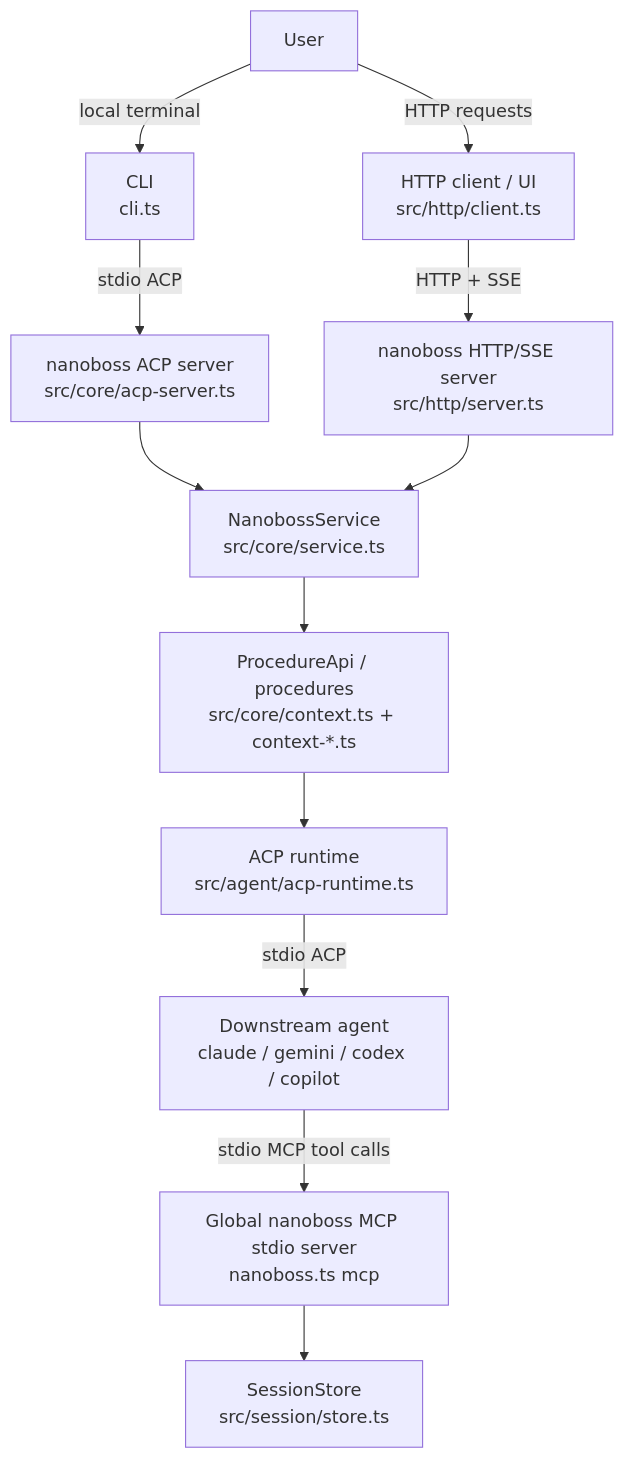
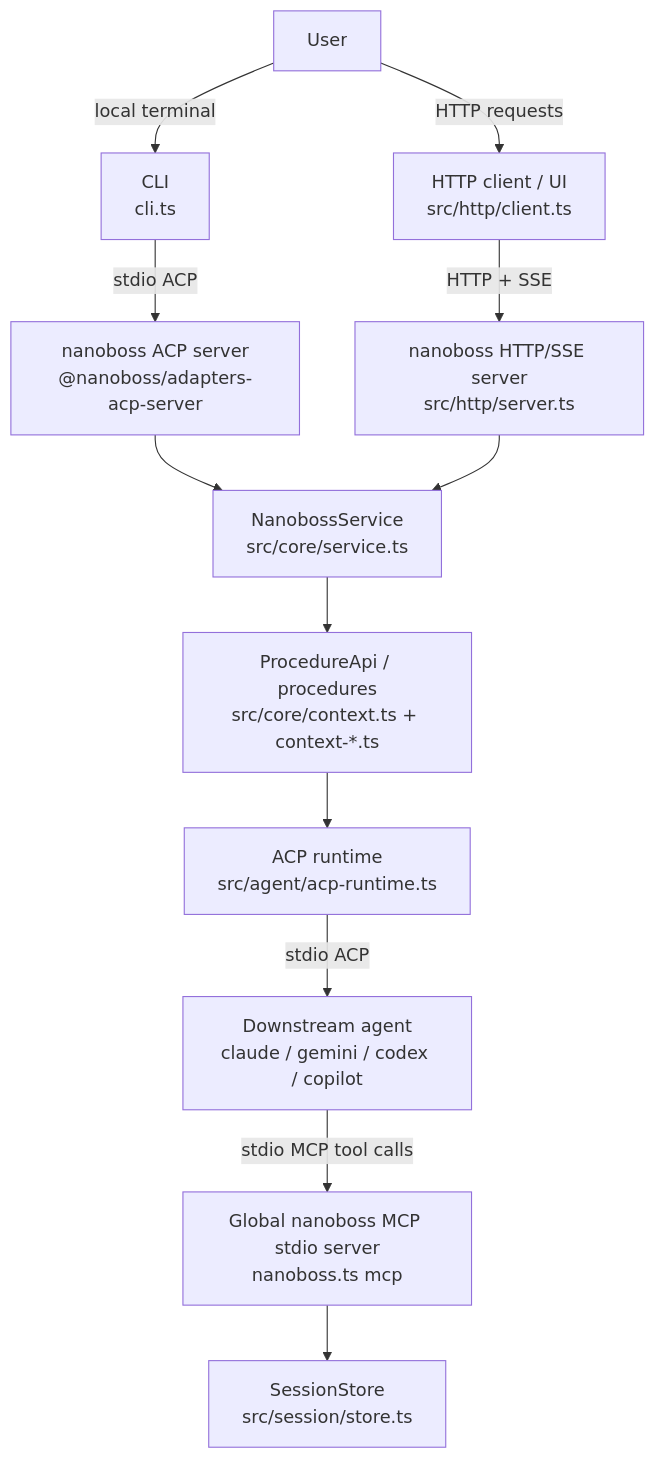
Before and after one commit to jflam/nanoboss: the first of 5 diagrams in docs/architecture.md, drawn with Mermaid. The commit also changed other lines of this file and 7 other files, not shown here.

Commit message:
Extract ACP server adapter package

````diff
--- a/docs/architecture.md
+++ b/docs/architecture.md
@@ -60,18 +60,18 @@
 ```mermaid
 flowchart TD
   U[User] -->|local terminal| CLI[CLI\ncli.ts]
   U -->|HTTP requests| HTTPClient[HTTP client / UI\nsrc/http/client.ts]
 
-  CLI -->|stdio ACP| ACPServer[nanoboss ACP server\nsrc/core/acp-server.ts]
+  CLI -->|stdio ACP| ACPServer[nanoboss ACP server\n@nanoboss/adapters-acp-server]
   HTTPClient -->|HTTP + SSE| HTTPServer[nanoboss HTTP/SSE server\nsrc/http/server.ts]
 
   ACPServer --> Service[NanobossService\nsrc/core/service.ts]
   HTTPServer --> Service
 
   Service --> Context[ProcedureApi / procedures\nsrc/core/context.ts + context-*.ts]
   Context --> AgentRuntime[ACP runtime\nsrc/agent/acp-runtime.ts]
 
   AgentRuntime -->|stdio ACP| Downstream[Downstream agent\nclaude / gemini / codex / copilot]
   Downstream -->|stdio MCP tool calls| GlobalMcp[Global nanoboss MCP stdio server\nnanoboss.ts mcp]
   GlobalMcp --> SessionStore[SessionStore\nsrc/session/store.ts]
 ```
````
